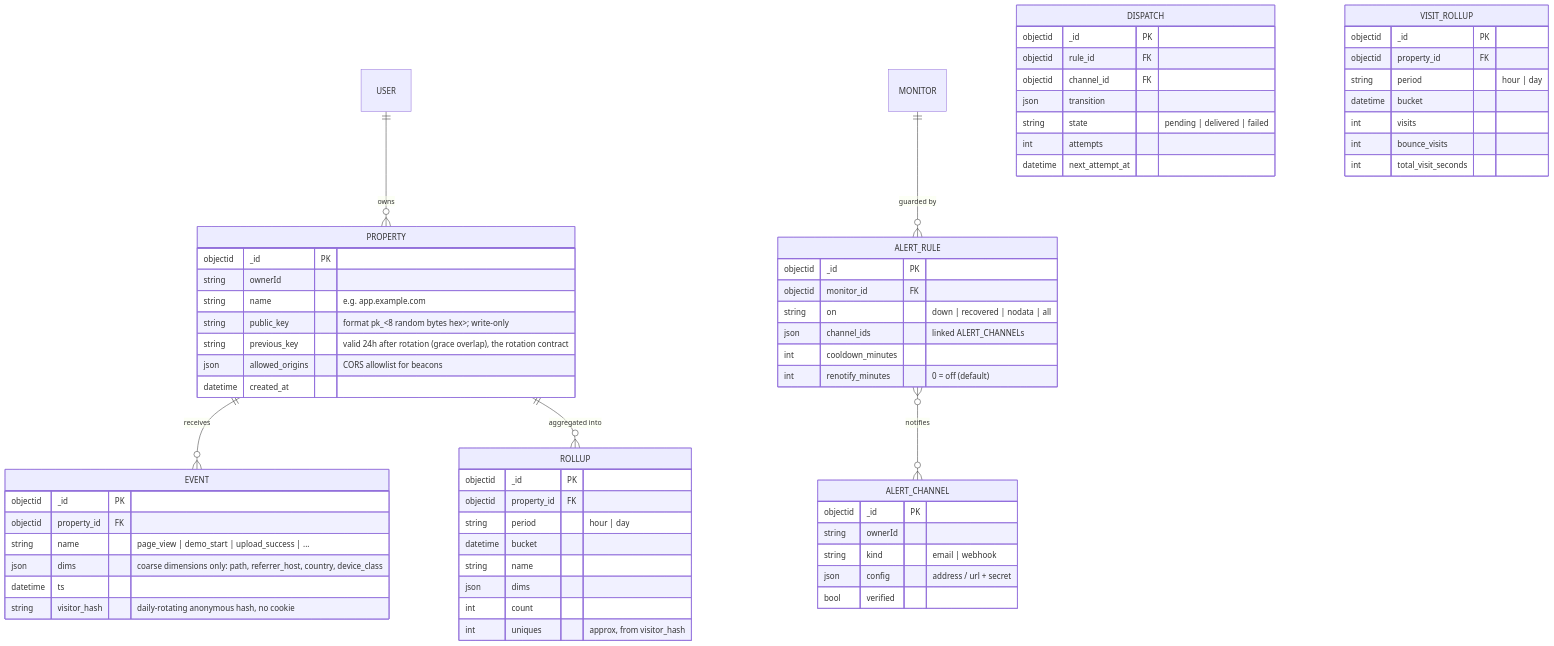
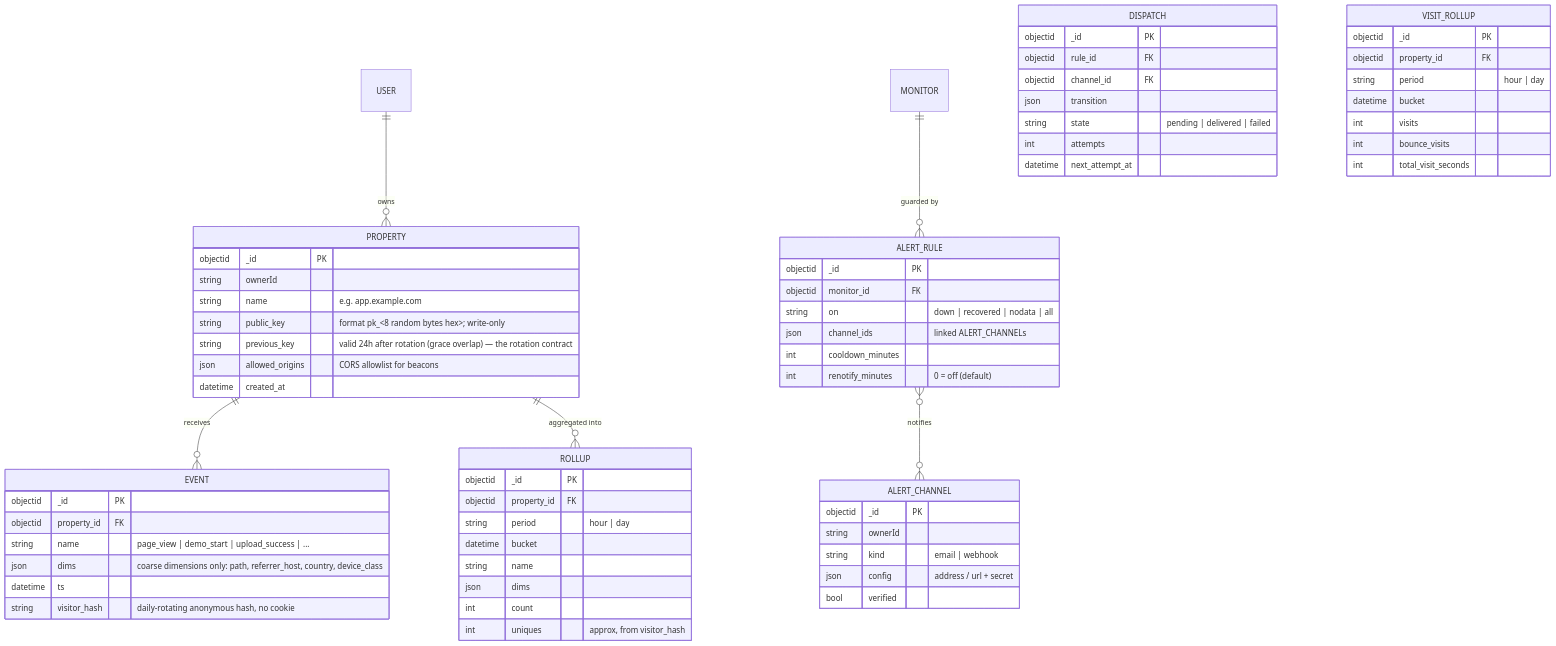
The second of 3 diagrams in docs/data-model.md (cuesoftinc/upstat), drawn with Mermaid before and after one commit. The commit also changed other lines of this file and 22 other files, not shown here.

````diff
--- a/docs/data-model.md
+++ b/docs/data-model.md
@@ -78,69 +78,69 @@
 ```mermaid
 erDiagram
     USER ||--o{ PROPERTY : owns
     PROPERTY ||--o{ EVENT : receives
     PROPERTY ||--o{ ROLLUP : "aggregated into"
     MONITOR ||--o{ ALERT_RULE : "guarded by"
     ALERT_RULE }o--o{ ALERT_CHANNEL : notifies
 
     PROPERTY {
         objectid _id PK
         string ownerId
         string name "e.g. app.example.com"
         string public_key "format pk_<8 random bytes hex>; write-only"
-        string previous_key "valid 24h after rotation (grace overlap), the rotation contract"
+        string previous_key "valid 24h after rotation (grace overlap) — the rotation contract"
         json allowed_origins "CORS allowlist for beacons"
         datetime created_at
     }
     EVENT {
         objectid _id PK
         objectid property_id FK
         string name "page_view | demo_start | upload_success | ..."
         json dims "coarse dimensions only: path, referrer_host, country, device_class"
         datetime ts
         string visitor_hash "daily-rotating anonymous hash, no cookie"
     }
     ROLLUP {
         objectid _id PK
         objectid property_id FK
         string period "hour | day"
         datetime bucket
         string name
         json dims
         int count
         int uniques "approx, from visitor_hash"
     }
     ALERT_RULE {
         objectid _id PK
         objectid monitor_id FK
         string on "down | recovered | nodata | all"
         json channel_ids "linked ALERT_CHANNELs"
         int cooldown_minutes
         int renotify_minutes "0 = off (default)"
     }
     DISPATCH {
         objectid _id PK
         objectid rule_id FK
         objectid channel_id FK
         json transition
         string state "pending | delivered | failed"
         int attempts
         datetime next_attempt_at
     }
     VISIT_ROLLUP {
         objectid _id PK
         objectid property_id FK
         string period "hour | day"
         datetime bucket
         int visits
         int bounce_visits
         int total_visit_seconds
     }
     ALERT_CHANNEL {
         objectid _id PK
         string ownerId
         string kind "email | webhook"
         json config "address / url + secret"
         bool verified
     }
 ```
````
